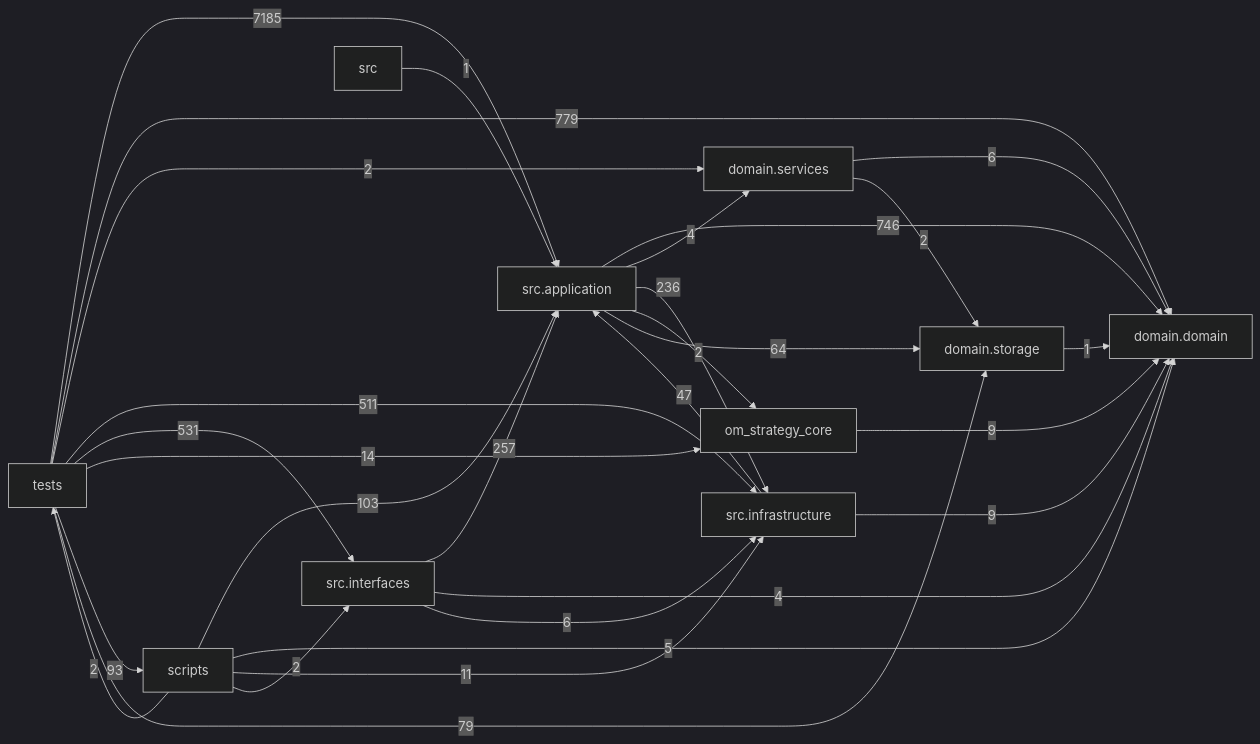
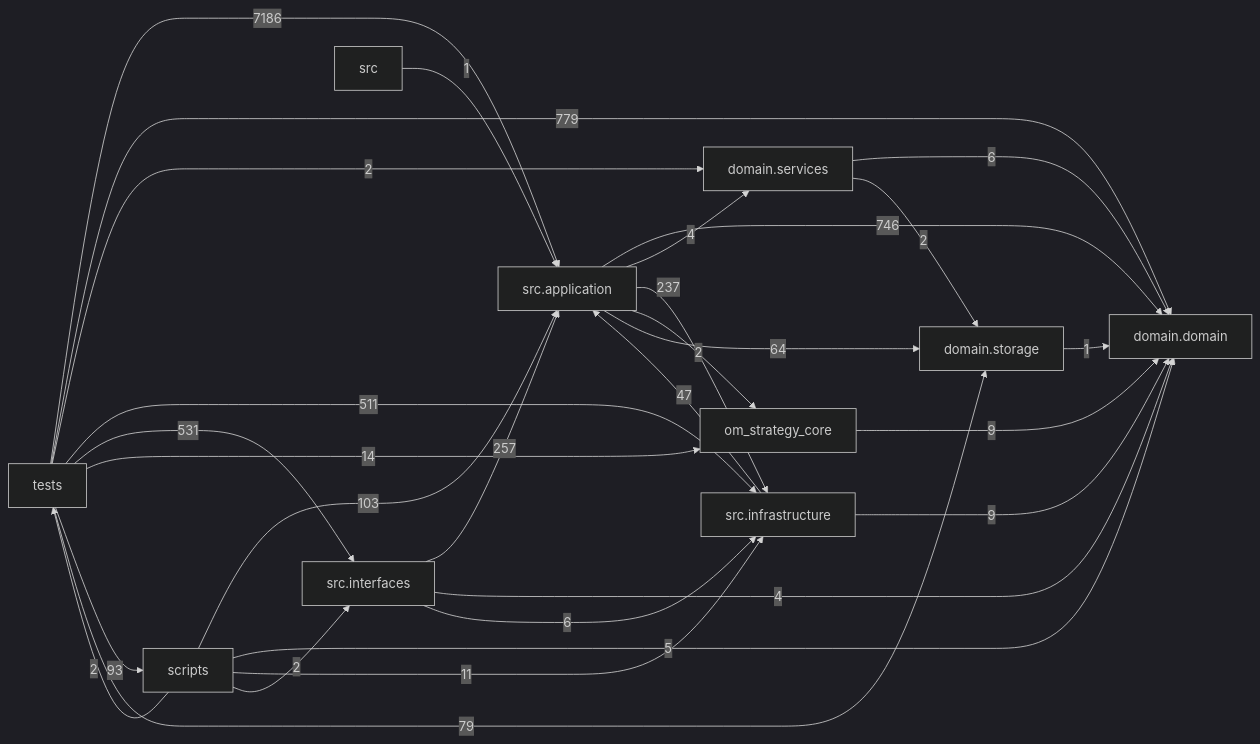
One commit to liuxie066/options-monitor changed the diagram in docs/DEPENDENCY_GRAPH.md. Above: the diagram before and after it, drawn with Mermaid (dark theme). The commit also changed other lines of this file and 4 other files, not shown here.

````diff
--- a/docs/DEPENDENCY_GRAPH.md
+++ b/docs/DEPENDENCY_GRAPH.md
@@ -24,39 +24,39 @@
 ```mermaid
 flowchart LR
   tests["tests"]
   scripts["scripts"]
   interfaces["src.interfaces"]
   application["src.application"]
   infrastructure["src.infrastructure"]
   domain_services["domain.services"]
   domain["domain.domain"]
   storage["domain.storage"]
   application -->|746| domain
   application -->|4| domain_services
-  application -->|236| infrastructure
+  application -->|237| infrastructure
   application -->|2| om_strategy_core
   application -->|64| storage
   domain_services -->|6| domain
   domain_services -->|2| storage
   infrastructure -->|47| application
   infrastructure -->|9| domain
   interfaces -->|257| application
   interfaces -->|4| domain
   interfaces -->|6| infrastructure
   om_strategy_core -->|9| domain
   scripts -->|103| application
   scripts -->|5| domain
   scripts -->|11| infrastructure
   scripts -->|2| interfaces
   scripts -->|2| tests
   src -->|1| application
   storage -->|1| domain
-  tests -->|7185| application
+  tests -->|7186| application
   tests -->|779| domain
   tests -->|2| domain_services
   tests -->|511| infrastructure
   tests -->|531| interfaces
   tests -->|14| om_strategy_core
   tests -->|93| scripts
   tests -->|79| storage
 ```
````
